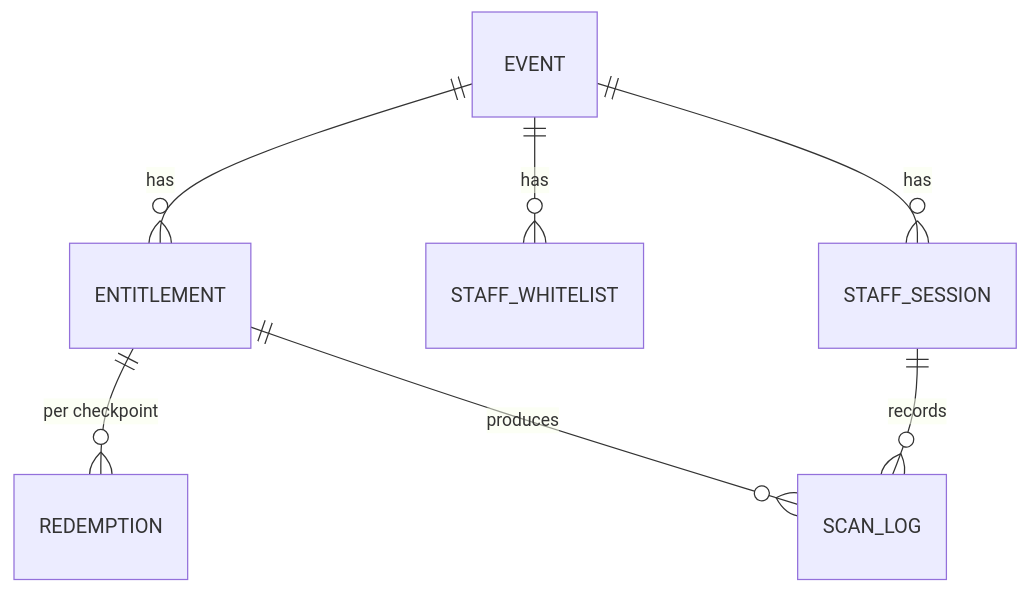
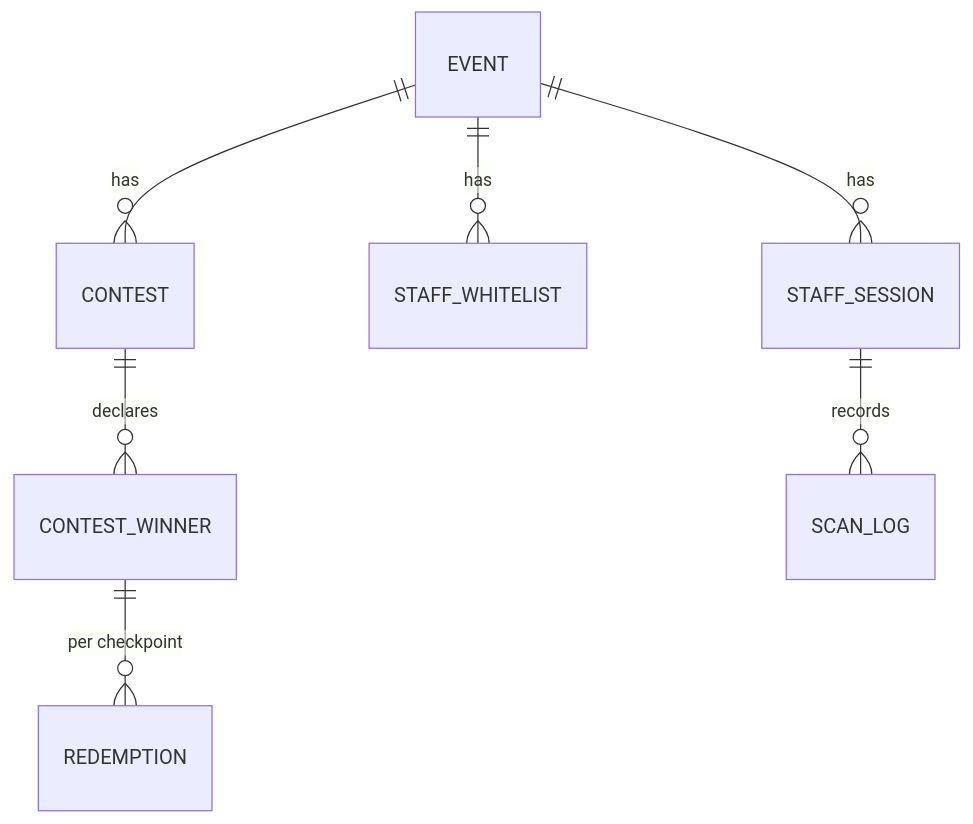
Before and after one commit to Amitpawar503/lazzy: the first of 2 diagrams in docs/digital-membership/04-lld.md, drawn with Mermaid. The commit also changed other lines of this file and 4 other files, not shown here.

First line of the commit message:
docs: revise HLD/LLD per review — drop OTP, MSISDN-only whitelist, won-events in QR, contest tables

````diff
--- a/docs/digital-membership/04-lld.md
+++ b/docs/digital-membership/04-lld.md
@@ -43,9 +50,9 @@
 ```mermaid
 erDiagram
-  EVENT ||--o{ ENTITLEMENT : has
+  EVENT ||--o{ CONTEST : has
+  CONTEST ||--o{ CONTEST_WINNER : declares
   EVENT ||--o{ STAFF_WHITELIST : has
   EVENT ||--o{ STAFF_SESSION : has
-  ENTITLEMENT ||--o{ REDEMPTION : "per checkpoint"
-  ENTITLEMENT ||--o{ SCAN_LOG : "produces"
+  CONTEST_WINNER ||--o{ REDEMPTION : "per checkpoint"
   STAFF_SESSION ||--o{ SCAN_LOG : "records"
 ```
````
